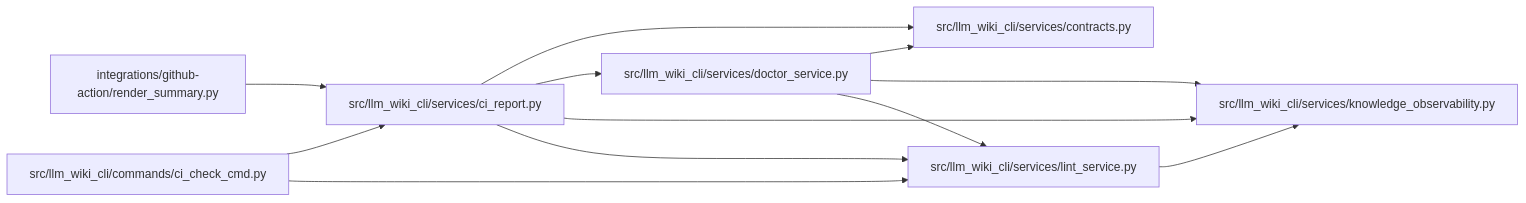
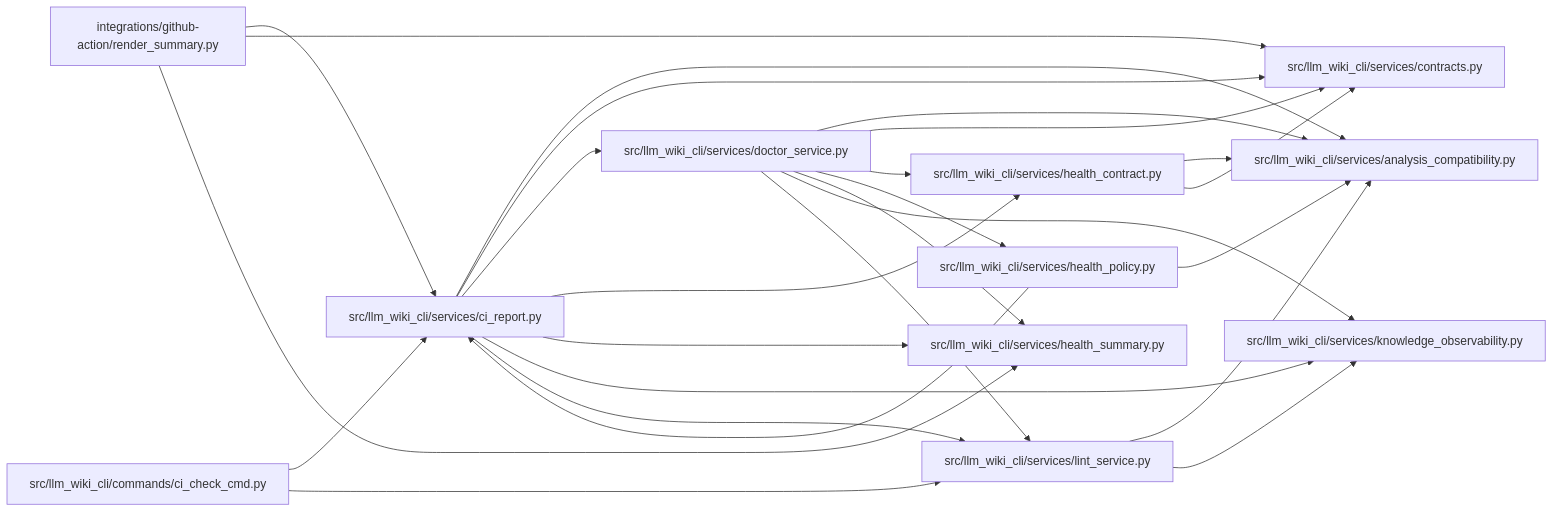
The diagram in docs/llm_wiki/modules/ci_report.md (Denissvgn/python-wiki-llm), drawn with Mermaid before and after one commit. The commit also changed other lines of this file and 727 other files, not shown here.

````diff
--- a/docs/llm_wiki/modules/ci_report.md
+++ b/docs/llm_wiki/modules/ci_report.md
@@ -34,28 +38,50 @@
 ```mermaid
 flowchart LR
     n0["integrations/github-action/render_summary.py"]
     n1["src/llm_wiki_cli/commands/ci_check_cmd.py"]
-    n2["src/llm_wiki_cli/services/ci_report.py"]
-    n3["src/llm_wiki_cli/services/contracts.py"]
-    n4["src/llm_wiki_cli/services/doctor_service.py"]
-    n5["src/llm_wiki_cli/services/knowledge_observability.py"]
-    n6["src/llm_wiki_cli/services/lint_service.py"]
-    n0 --> n2
-    n1 --> n2
-    n1 --> n6
-    n2 --> n3
-    n2 --> n4
-    n2 --> n5
-    n2 --> n6
-    n4 --> n3
-    n4 --> n5
-    n4 --> n6
-    n6 --> n5
+    n2["src/llm_wiki_cli/services/analysis_compatibility.py"]
+    n3["src/llm_wiki_cli/services/ci_report.py"]
+    n4["src/llm_wiki_cli/services/contracts.py"]
+    n5["src/llm_wiki_cli/services/doctor_service.py"]
+    n6["src/llm_wiki_cli/services/health_contract.py"]
+    n7["src/llm_wiki_cli/services/health_policy.py"]
+    n8["src/llm_wiki_cli/services/health_summary.py"]
+    n9["src/llm_wiki_cli/services/knowledge_observability.py"]
+    n10["src/llm_wiki_cli/services/lint_service.py"]
+    n0 --> n3
+    n0 --> n4
+    n0 --> n8
+    n1 --> n3
+    n1 --> n10
+    n3 --> n2
+    n3 --> n4
+    n3 --> n5
+    n3 --> n6
+    n3 --> n8
+    n3 --> n9
+    n3 --> n10
+    n5 --> n2
+    n5 --> n4
+    n5 --> n6
+    n5 --> n7
+    n5 --> n8
+    n5 --> n9
+    n5 --> n10
+    n6 --> n2
+    n6 --> n4
+    n7 --> n2
+    n7 --> n3
+    n10 --> n2
+    n10 --> n9
     click n0 "../modules/render_summary.md"
     click n1 "../modules/ci_check_cmd.md"
-    click n2 "../modules/ci_report.md"
-    click n3 "../modules/services_contracts.md"
-    click n4 "../modules/doctor_service.md"
-    click n5 "../modules/knowledge_observability.md"
-    click n6 "../modules/lint_service.md"
+    click n2 "../modules/analysis_compatibility.md"
+    click n3 "../modules/ci_report.md"
+    click n4 "../modules/services_contracts.md"
+    click n5 "../modules/doctor_service.md"
+    click n6 "../modules/health_contract.md"
+    click n7 "../modules/health_policy.md"
+    click n8 "../modules/health_summary.md"
+    click n9 "../modules/knowledge_observability.md"
+    click n10 "../modules/lint_service.md"
 ```
````
